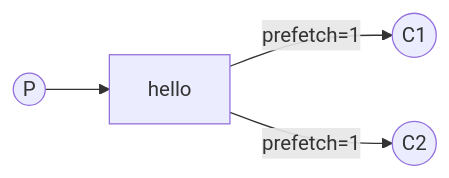
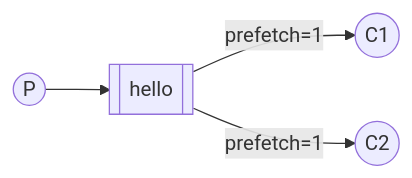
The first of 6 diagrams in README.md (thiagochfc/RabbitMQ.Tutorial), drawn with Mermaid before and after one commit. The commit also changed other lines of this file and 7 other files, not shown here.

````diff
--- a/README.md
+++ b/README.md
@@ -64,6 +57,5 @@
 ```mermaid
-
 flowchart LR
 
-    Producer((P)) --> Queue[hello] -- prefetch=1 --> Consumer1((C1)) & Consumer2((C2))
+    Producer((P)) --> Queue[[hello]] -- prefetch=1 --> Consumer1((C1)) & Consumer2((C2))
 ```
````
